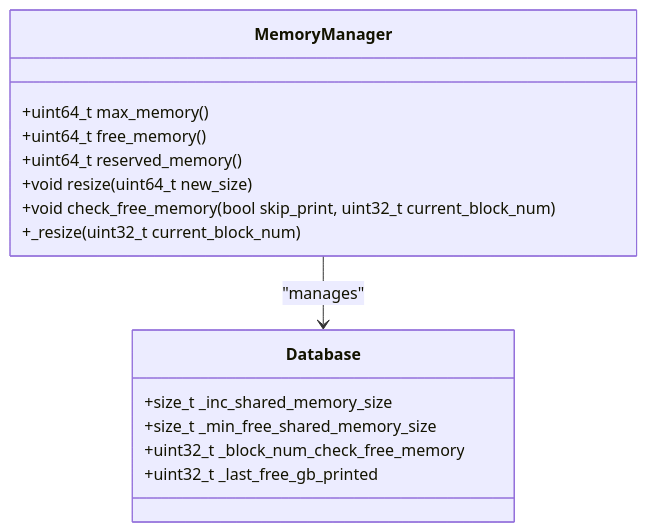
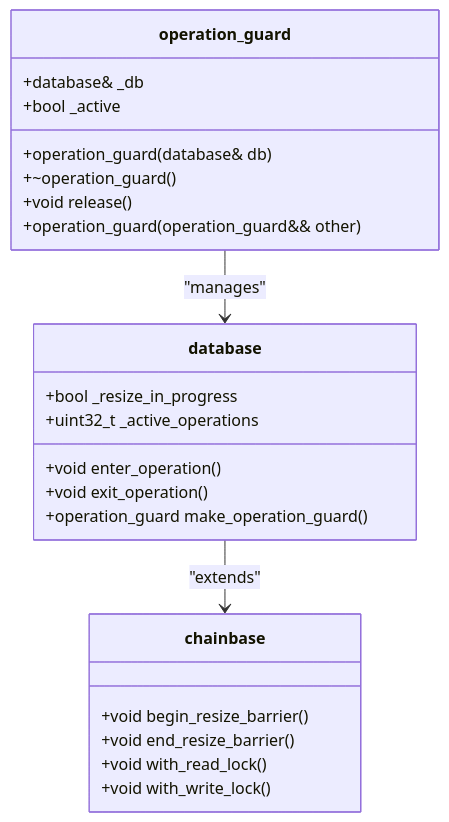
The seventh of 8 diagrams in .qoder/repowiki/en/content/Core Libraries/Emergency Consensus System.md (VIZ-Blockchain/viz-cpp-node), drawn with Mermaid before and after one commit. The commit also changed other lines of this file and 3 other files, not shown here.

First line of the commit message:
feat(database): add operation guard system for concurrent access protection

````diff
--- a/.qoder/repowiki/en/content/Core Libraries/Emergency Consensus System.md
+++ b/.qoder/repowiki/en/content/Core Libraries/Emergency Consensus System.md
@@ -396,18 +429,26 @@
 ```mermaid
 classDiagram
-class MemoryManager {
-+uint64_t max_memory()
-+uint64_t free_memory()
-+uint64_t reserved_memory()
-+void resize(uint64_t new_size)
-+void check_free_memory(bool skip_print, uint32_t current_block_num)
-+_resize(uint32_t current_block_num)
+class operation_guard {
++database& _db
++bool _active
++operation_guard(database& db)
++~operation_guard()
++void release()
++operation_guard(operation_guard&& other)
 }
-class Database {
-+size_t _inc_shared_memory_size
-+size_t _min_free_shared_memory_size
-+uint32_t _block_num_check_free_memory
-+uint32_t _last_free_gb_printed
+class database {
++void enter_operation()
++void exit_operation()
++operation_guard make_operation_guard()
++bool _resize_in_progress
++uint32_t _active_operations
 }
-MemoryManager --> Database : "manages"
+class chainbase {
++void begin_resize_barrier()
++void end_resize_barrier()
++void with_read_lock()
++void with_write_lock()
+}
+operation_guard --> database : "manages"
+database --> chainbase : "extends"
 ```
````
